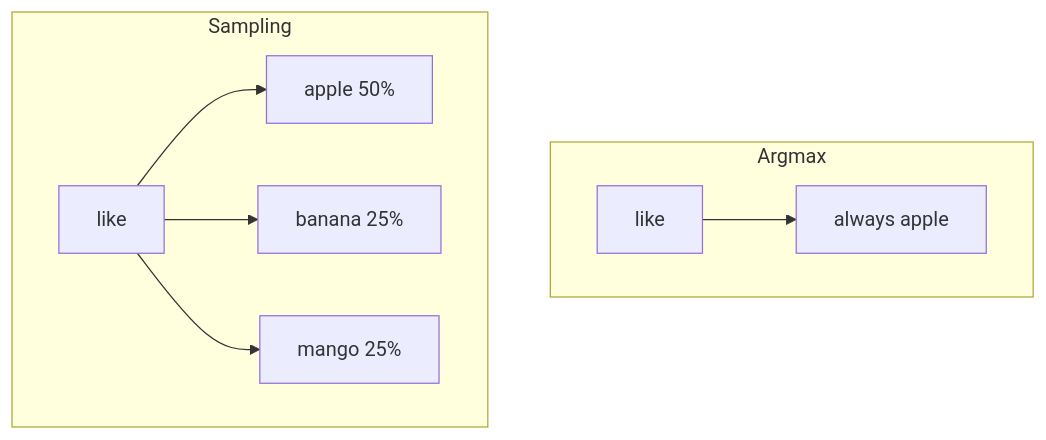
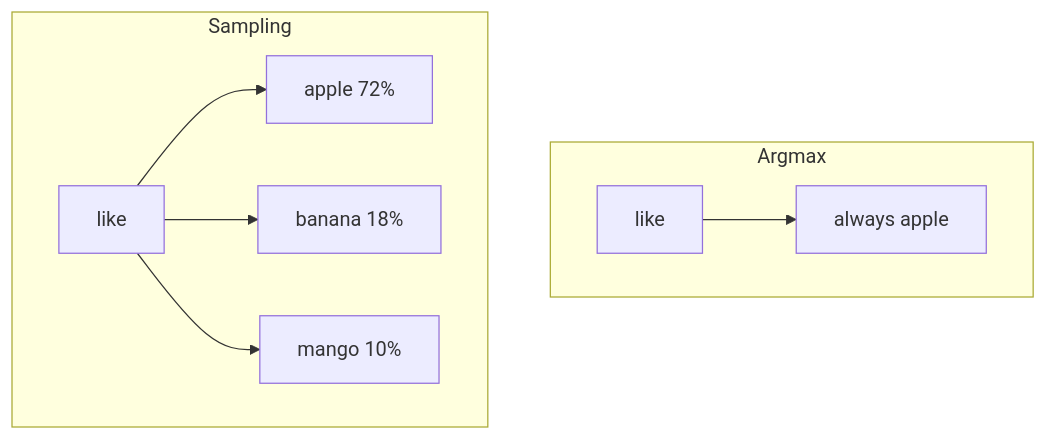
Before and after one commit to bhNibir/build-own-llm: the first of 2 diagrams in content/docs/part-02-bigram/05-sampling-vs-argmax.mdx, drawn with Mermaid. The commit also changed other lines of this file and 98 other files, not shown here.

````diff
--- a/content/docs/part-02-bigram/05-sampling-vs-argmax.mdx
+++ b/content/docs/part-02-bigram/05-sampling-vs-argmax.mdx
@@ -46,11 +46,11 @@
 ```mermaid
 flowchart TD
     subgraph argmax [Argmax]
         a1["like"] --> a2["always apple"]
     end
     subgraph sampling [Sampling]
-        s1["like"] --> s2["apple 50%"]
-        s1 --> s3["banana 25%"]
-        s1 --> s4["mango 25%"]
+        s1["like"] --> s2["apple 72%"]
+        s1 --> s3["banana 18%"]
+        s1 --> s4["mango 10%"]
     end
 ```
````
